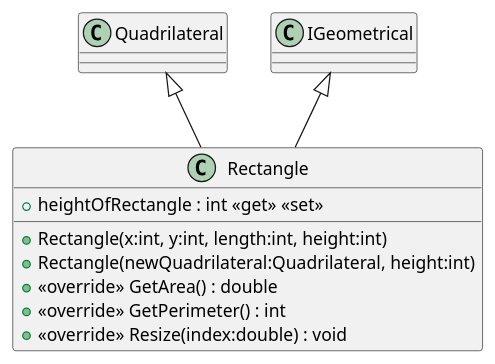
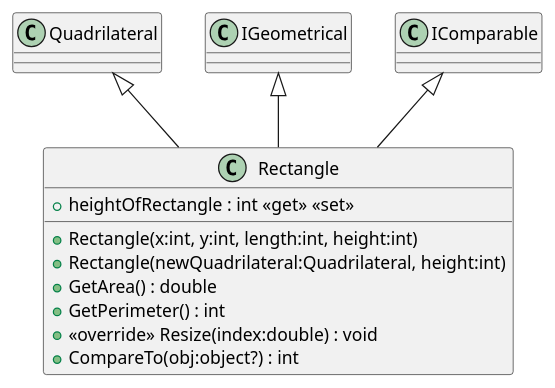
Before and after one commit to 19vano97/levelUpOOP: the diagram in plantuml/20240701_HW_Inheritence/Retangle.puml, drawn with PlantUML. The commit also changed 40 other files, not shown here.

```diff
--- a/plantuml/20240701_HW_Inheritence/Retangle.puml
+++ b/plantuml/20240701_HW_Inheritence/Retangle.puml
@@ -1,12 +1,14 @@
 @startuml
 class Rectangle {
     + Rectangle(x:int, y:int, length:int, height:int)
     + Rectangle(newQuadrilateral:Quadrilateral, height:int)
     + heightOfRectangle : int <<get>> <<set>>
-    + <<override>> GetArea() : double
-    + <<override>> GetPerimeter() : int
+    + GetArea() : double
+    + GetPerimeter() : int
     + <<override>> Resize(index:double) : void
+    + CompareTo(obj:object?) : int
 }
 Quadrilateral <|-- Rectangle
 IGeometrical <|-- Rectangle
+IComparable <|-- Rectangle
 @enduml
```
